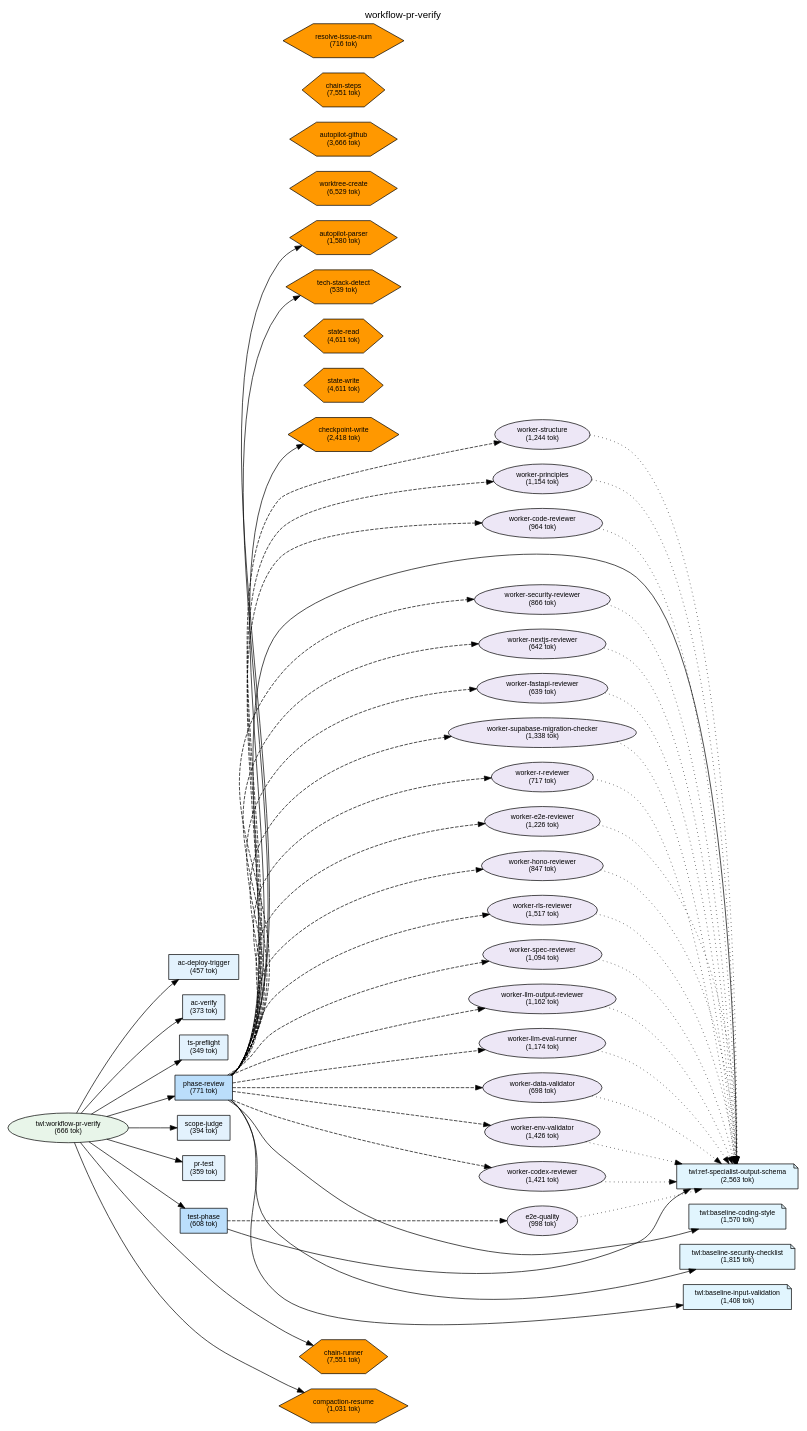
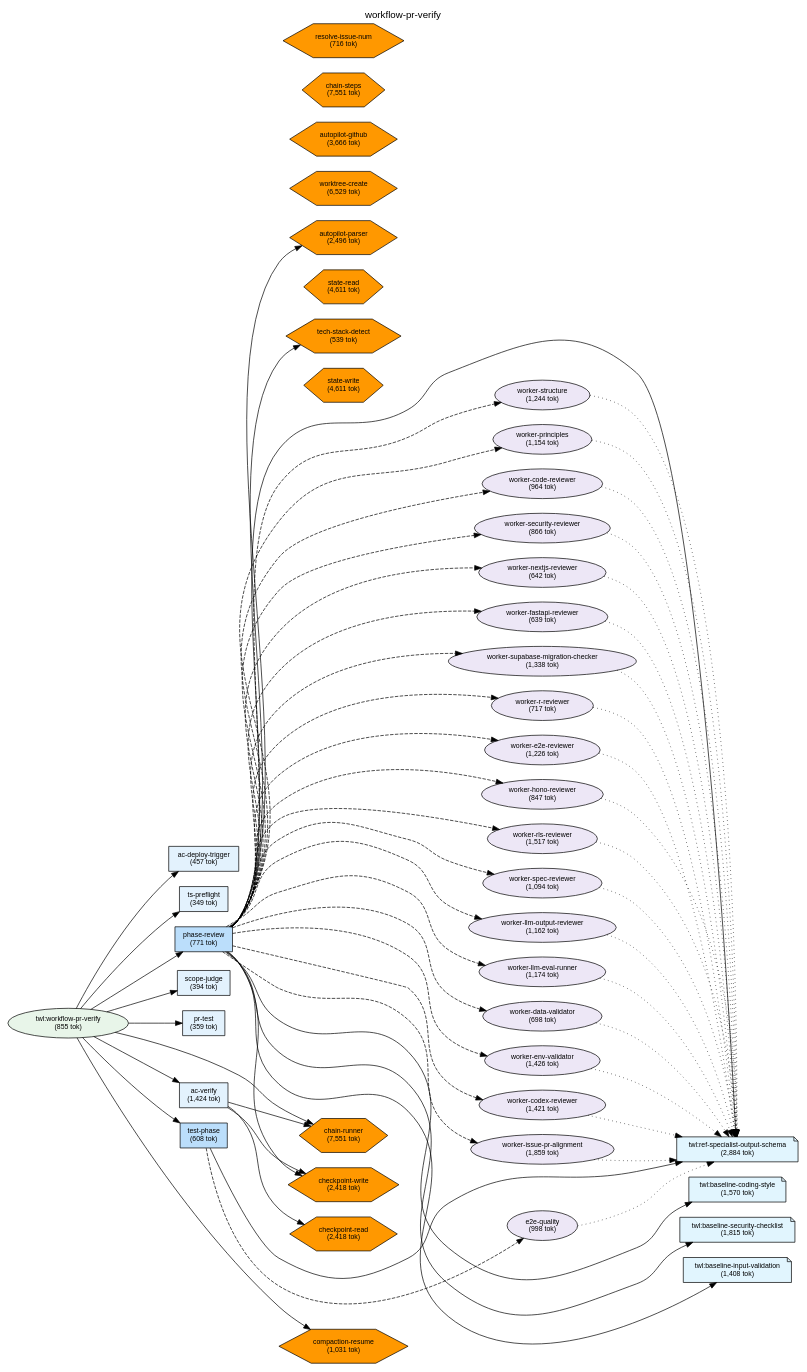
Before and after one commit to shuu5/twill: the diagram in plugins/twl/docs/deps-workflow-pr-verify.dot, drawn with Graphviz. The commit also changed 19 other files, not shown here.

First line of the commit message:
fix(plugins-twl): Section 9 chain integrity ドリフト 26件をトリアージ修復

```diff
--- a/plugins/twl/docs/deps-workflow-pr-verify.dot
+++ b/plugins/twl/docs/deps-workflow-pr-verify.dot
@@ -15,10 +15,10 @@
     // L0: Launchers
 
     // L0.5: Workflow Skills
-    skill_workflow_pr_verify [label="twl:workflow-pr-verify\n(666 tok)", shape=ellipse, style=filled, fillcolor="#e8f5e9"];
+    skill_workflow_pr_verify [label="twl:workflow-pr-verify\n(855 tok)", shape=ellipse, style=filled, fillcolor="#e8f5e9"];
 
     // Reference Skills
-    skill_ref_specialist_output_schema [label="twl:ref-specialist-output-schema\n(2,563 tok)", shape=note, style=filled, fillcolor="#e1f5fe"];
+    skill_ref_specialist_output_schema [label="twl:ref-specialist-output-schema\n(2,884 tok)", shape=note, style=filled, fillcolor="#e1f5fe"];
     skill_baseline_coding_style [label="twl:baseline-coding-style\n(1,570 tok)", shape=note, style=filled, fillcolor="#e1f5fe"];
     skill_baseline_security_checklist [label="twl:baseline-security-checklist\n(1,815 tok)", shape=note, style=filled, fillcolor="#e1f5fe"];
     skill_baseline_input_validation [label="twl:baseline-input-validation\n(1,408 tok)", shape=note, style=filled, fillcolor="#e1f5fe"];
@@ -27,7 +27,7 @@
     cmd_ts_preflight [label="ts-preflight\n(349 tok)", shape=box, style=filled, fillcolor="#e3f2fd"];
     cmd_scope_judge [label="scope-judge\n(394 tok)", shape=box, style=filled, fillcolor="#e3f2fd"];
     cmd_pr_test [label="pr-test\n(359 tok)", shape=box, style=filled, fillcolor="#e3f2fd"];
-    cmd_ac_verify [label="ac-verify\n(373 tok)", shape=box, style=filled, fillcolor="#e3f2fd"];
+    cmd_ac_verify [label="ac-verify\n(1,424 tok)", shape=box, style=filled, fillcolor="#e3f2fd"];
     cmd_phase_review [label="phase-review\n(771 tok)", shape=box, style=filled, fillcolor="#bbdefb"];
     cmd_ac_deploy_trigger [label="ac-deploy-trigger\n(457 tok)", shape=box, style=filled, fillcolor="#e3f2fd"];
     cmd_test_phase [label="test-phase\n(608 tok)", shape=box, style=filled, fillcolor="#bbdefb"];
@@ -50,6 +50,7 @@
     agent_worker_fastapi_reviewer [label="worker-fastapi-reviewer\n(639 tok)", shape=ellipse, style=filled, fillcolor="#ede7f6"];
     agent_worker_hono_reviewer [label="worker-hono-reviewer\n(847 tok)", shape=ellipse, style=filled, fillcolor="#ede7f6"];
     agent_worker_r_reviewer [label="worker-r-reviewer\n(717 tok)", shape=ellipse, style=filled, fillcolor="#ede7f6"];
+    agent_worker_issue_pr_alignment [label="worker-issue-pr-alignment\n(1,859 tok)", shape=ellipse, style=filled, fillcolor="#ede7f6"];
     agent_worker_llm_output_reviewer [label="worker-llm-output-reviewer\n(1,162 tok)", shape=ellipse, style=filled, fillcolor="#ede7f6"];
     agent_worker_llm_eval_runner [label="worker-llm-eval-runner\n(1,174 tok)", shape=ellipse, style=filled, fillcolor="#ede7f6"];
     agent_e2e_quality [label="e2e-quality\n(998 tok)", shape=ellipse, style=filled, fillcolor="#ede7f6"];
@@ -58,7 +59,7 @@
     script_state_read [label="state-read\n(4,611 tok)", shape=hexagon, style=filled, fillcolor="#FF9800"];
     script_state_write [label="state-write\n(4,611 tok)", shape=hexagon, style=filled, fillcolor="#FF9800"];
     script_tech_stack_detect [label="tech-stack-detect\n(539 tok)", shape=hexagon, style=filled, fillcolor="#FF9800"];
-    script_autopilot_parser [label="autopilot-parser\n(1,580 tok)", shape=hexagon, style=filled, fillcolor="#FF9800"];
+    script_autopilot_parser [label="autopilot-parser\n(2,496 tok)", shape=hexagon, style=filled, fillcolor="#FF9800"];
     script_chain_runner [label="chain-runner\n(7,551 tok)", shape=hexagon, style=filled, fillcolor="#FF9800"];
     script_worktree_create [label="worktree-create\n(6,529 tok)", shape=hexagon, style=filled, fillcolor="#FF9800"];
     script_autopilot_github [label="autopilot-github\n(3,666 tok)", shape=hexagon, style=filled, fillcolor="#FF9800"];
@@ -66,6 +67,7 @@
     script_compaction_resume [label="compaction-resume\n(1,031 tok)", shape=hexagon, style=filled, fillcolor="#FF9800"];
     script_resolve_issue_num [label="resolve-issue-num\n(716 tok)", shape=hexagon, style=filled, fillcolor="#FF9800"];
     script_checkpoint_write [label="checkpoint-write\n(2,418 tok)", shape=hexagon, style=filled, fillcolor="#FF9800"];
+    script_checkpoint_read [label="checkpoint-read\n(2,418 tok)", shape=hexagon, style=filled, fillcolor="#FF9800"];
 
     // L4: External
 
@@ -73,19 +75,22 @@
     { rank=same; skill_workflow_pr_verify; }
     { rank=same; skill_ref_specialist_output_schema; skill_baseline_coding_style; skill_baseline_security_checklist; skill_baseline_input_validation; }
     { rank=same; cmd_ts_preflight; cmd_scope_judge; cmd_pr_test; cmd_ac_verify; cmd_phase_review; cmd_ac_deploy_trigger; cmd_test_phase; }
-    { rank=same; agent_worker_structure; agent_worker_principles; agent_worker_env_validator; agent_worker_rls_reviewer; agent_worker_supabase_migration_checker; agent_worker_data_validator; agent_worker_e2e_reviewer; agent_worker_spec_reviewer; agent_worker_codex_reviewer; agent_worker_code_reviewer; agent_worker_security_reviewer; agent_worker_nextjs_reviewer; agent_worker_fastapi_reviewer; agent_worker_hono_reviewer; agent_worker_r_reviewer; agent_worker_llm_output_reviewer; agent_worker_llm_eval_runner; agent_e2e_quality; }
-    { rank=same; script_state_read; script_state_write; script_tech_stack_detect; script_autopilot_parser; script_chain_runner; script_worktree_create; script_autopilot_github; script_chain_steps; script_compaction_resume; script_resolve_issue_num; script_checkpoint_write; }
+    { rank=same; agent_worker_structure; agent_worker_principles; agent_worker_env_validator; agent_worker_rls_reviewer; agent_worker_supabase_migration_checker; agent_worker_data_validator; agent_worker_e2e_reviewer; agent_worker_spec_reviewer; agent_worker_codex_reviewer; agent_worker_code_reviewer; agent_worker_security_reviewer; agent_worker_nextjs_reviewer; agent_worker_fastapi_reviewer; agent_worker_hono_reviewer; agent_worker_r_reviewer; agent_worker_issue_pr_alignment; agent_worker_llm_output_reviewer; agent_worker_llm_eval_runner; agent_e2e_quality; }
+    { rank=same; script_state_read; script_state_write; script_tech_stack_detect; script_autopilot_parser; script_chain_runner; script_worktree_create; script_autopilot_github; script_chain_steps; script_compaction_resume; script_resolve_issue_num; script_checkpoint_write; script_checkpoint_read; }
 
     // Edges
     skill_workflow_pr_verify -> cmd_ac_deploy_trigger;
-    skill_workflow_pr_verify -> cmd_ac_verify;
     skill_workflow_pr_verify -> cmd_ts_preflight;
     skill_workflow_pr_verify -> cmd_phase_review;
     skill_workflow_pr_verify -> cmd_scope_judge;
     skill_workflow_pr_verify -> cmd_pr_test;
+    skill_workflow_pr_verify -> cmd_ac_verify;
     skill_workflow_pr_verify -> cmd_test_phase;
     skill_workflow_pr_verify -> script_chain_runner;
     skill_workflow_pr_verify -> script_compaction_resume;
+    cmd_ac_verify -> script_chain_runner;
+    cmd_ac_verify -> script_checkpoint_write;
+    cmd_ac_verify -> script_checkpoint_read;
     cmd_phase_review -> script_autopilot_parser;
     cmd_phase_review -> script_tech_stack_detect;
     cmd_phase_review -> script_checkpoint_write;
@@ -106,6 +111,7 @@
     cmd_phase_review -> agent_worker_data_validator [style=dashed];
     cmd_phase_review -> agent_worker_env_validator [style=dashed];
     cmd_phase_review -> agent_worker_codex_reviewer [style=dashed];
+    cmd_phase_review -> agent_worker_issue_pr_alignment [style=dashed];
     cmd_phase_review -> skill_ref_specialist_output_schema;
     cmd_phase_review -> skill_baseline_coding_style;
     cmd_phase_review -> skill_baseline_security_checklist;
@@ -127,6 +133,7 @@
     agent_worker_fastapi_reviewer -> skill_ref_specialist_output_schema [style=dotted];
     agent_worker_hono_reviewer -> skill_ref_specialist_output_schema [style=dotted];
     agent_worker_r_reviewer -> skill_ref_specialist_output_schema [style=dotted];
+    agent_worker_issue_pr_alignment -> skill_ref_specialist_output_schema [style=dotted];
     agent_worker_llm_output_reviewer -> skill_ref_specialist_output_schema [style=dotted];
     agent_worker_llm_eval_runner -> skill_ref_specialist_output_schema [style=dotted];
     agent_e2e_quality -> skill_ref_specialist_output_schema [style=dotted];
@@ -134,16 +141,20 @@
     // Ordering constraints (invisible edges)
     script_chain_runner -> script_compaction_resume [style=invis, weight=10];
     script_chain_runner -> script_compaction_resume [style=invis, weight=10];
-    cmd_ac_deploy_trigger -> cmd_ac_verify [style=invis, weight=10];
-    cmd_ac_verify -> cmd_ts_preflight [style=invis, weight=10];
+    cmd_ac_deploy_trigger -> cmd_ts_preflight [style=invis, weight=10];
     cmd_ts_preflight -> cmd_phase_review [style=invis, weight=10];
     cmd_phase_review -> cmd_scope_judge [style=invis, weight=10];
     cmd_scope_judge -> cmd_pr_test [style=invis, weight=10];
-    cmd_pr_test -> cmd_test_phase [style=invis, weight=10];
+    cmd_pr_test -> cmd_ac_verify [style=invis, weight=10];
+    cmd_ac_verify -> cmd_test_phase [style=invis, weight=10];
     cmd_test_phase -> script_chain_runner [style=invis, weight=10];
     script_chain_runner -> script_compaction_resume [style=invis, weight=10];
     script_chain_runner -> script_compaction_resume [style=invis, weight=10];
+    agent_worker_code_reviewer -> agent_worker_security_reviewer [style=invis, weight=10];
+    agent_worker_security_reviewer -> agent_worker_codex_reviewer [style=invis, weight=10];
     script_state_write -> script_checkpoint_write [style=invis, weight=10];
+    script_chain_runner -> script_checkpoint_write [style=invis, weight=10];
+    script_checkpoint_write -> script_checkpoint_read [style=invis, weight=10];
     agent_worker_structure -> agent_worker_principles [style=invis, weight=10];
     agent_worker_structure -> agent_worker_principles [style=invis, weight=10];
     script_autopilot_parser -> script_tech_stack_detect [style=invis, weight=10];
@@ -165,12 +176,14 @@
     agent_worker_llm_eval_runner -> agent_worker_data_validator [style=invis, weight=10];
     agent_worker_data_validator -> agent_worker_env_validator [style=invis, weight=10];
     agent_worker_env_validator -> agent_worker_codex_reviewer [style=invis, weight=10];
-    agent_worker_codex_reviewer -> skill_ref_specialist_output_schema [style=invis, weight=10];
+    agent_worker_codex_reviewer -> agent_worker_issue_pr_alignment [style=invis, weight=10];
+    agent_worker_issue_pr_alignment -> skill_ref_specialist_output_schema [style=invis, weight=10];
     skill_ref_specialist_output_schema -> skill_baseline_coding_style [style=invis, weight=10];
     skill_baseline_coding_style -> skill_baseline_security_checklist [style=invis, weight=10];
     skill_baseline_security_checklist -> skill_baseline_input_validation [style=invis, weight=10];
     script_autopilot_parser -> script_tech_stack_detect [style=invis, weight=10];
     script_tech_stack_detect -> script_state_write [style=invis, weight=10];
+    script_checkpoint_write -> script_checkpoint_read [style=invis, weight=10];
     agent_worker_structure -> agent_worker_principles [style=invis, weight=10];
     agent_worker_principles -> agent_worker_code_reviewer [style=invis, weight=10];
     agent_worker_code_reviewer -> agent_worker_security_reviewer [style=invis, weight=10];
@@ -187,6 +200,7 @@
     agent_worker_llm_eval_runner -> agent_worker_data_validator [style=invis, weight=10];
     agent_worker_data_validator -> agent_worker_env_validator [style=invis, weight=10];
     agent_worker_env_validator -> agent_worker_codex_reviewer [style=invis, weight=10];
+    agent_worker_issue_pr_alignment -> skill_ref_specialist_output_schema [style=invis, weight=10];
     skill_baseline_coding_style -> skill_baseline_security_checklist [style=invis, weight=10];
     skill_baseline_security_checklist -> skill_baseline_input_validation [style=invis, weight=10];
     agent_e2e_quality -> skill_ref_specialist_output_schema [style=invis, weight=10];
```
